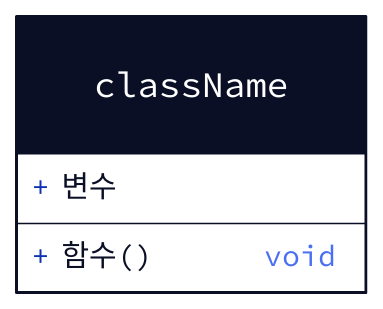
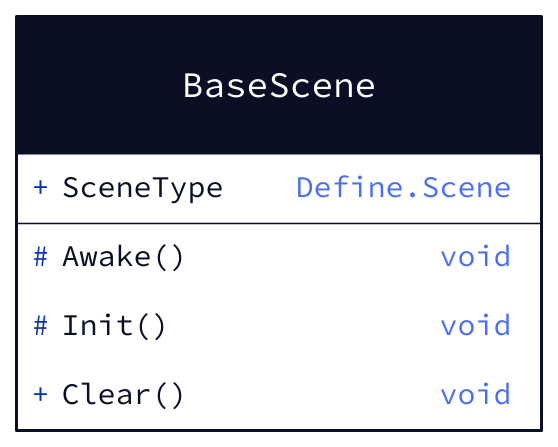
Before and after one commit to SandyLee-00/Unity_Rookiss_3: the diagram in D2/Scenes/BaseScene.d2, drawn with D2. The commit also changed 2 other files, not shown here.

Commit message:
:scroll: PoolManager, BaseScene, GameScene

```diff
--- a/D2/Scenes/BaseScene.d2
+++ b/D2/Scenes/BaseScene.d2
@@ -1,6 +1,7 @@
-className: {
+BaseScene: {
   shape: class
-  변수
-
-  함수()
+  SceneType: Define.Scene
+  \#Awake()
+  \#Init()
+  Clear()
 }
```
